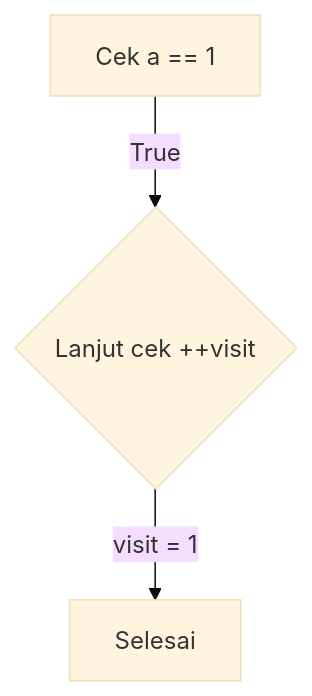
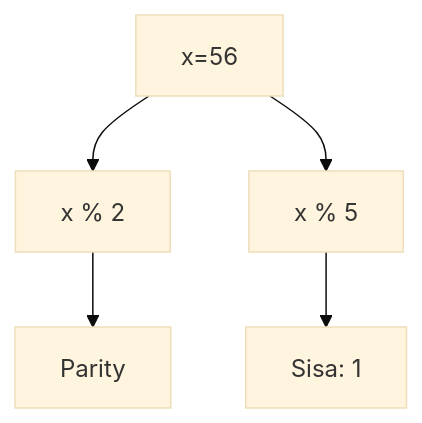
Before and after one commit to amnahwaida/OSNK_INF_PREP: the ninth of 25 diagrams in part-c-pemahaman-cpp/02-percabangan/latihan/set-04.md, drawn with Mermaid (base theme). The commit also changed other lines of this file and 71 other files, not shown here.

````diff
--- a/part-c-pemahaman-cpp/02-percabangan/latihan/set-04.md
+++ b/part-c-pemahaman-cpp/02-percabangan/latihan/set-04.md
@@ -225,5 +267,7 @@
 ```mermaid
 graph TD
-    A[Cek a == 1] -->|"True"| B{"Lanjut cek ++visit"}
-    B -->|"visit = 1"| C[Selesai]
+A[x=56] --> B[x % 2]
+B --> C[Parity]
+A --> D[x % 5]
+D --> E[Sisa: 1]
 ```
````
